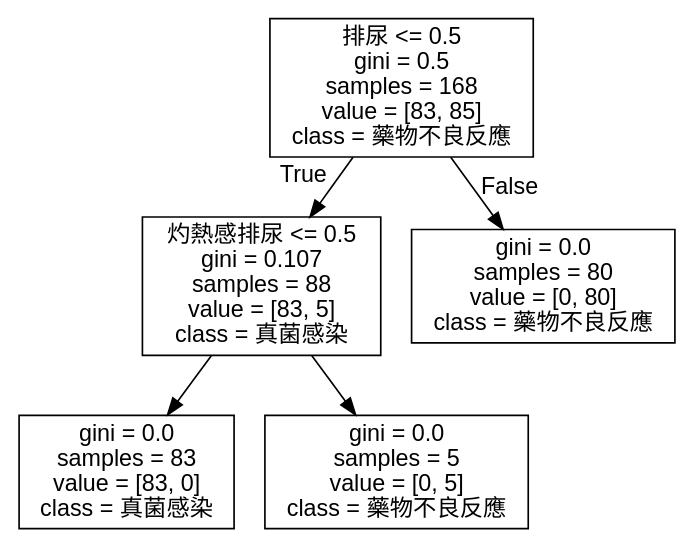
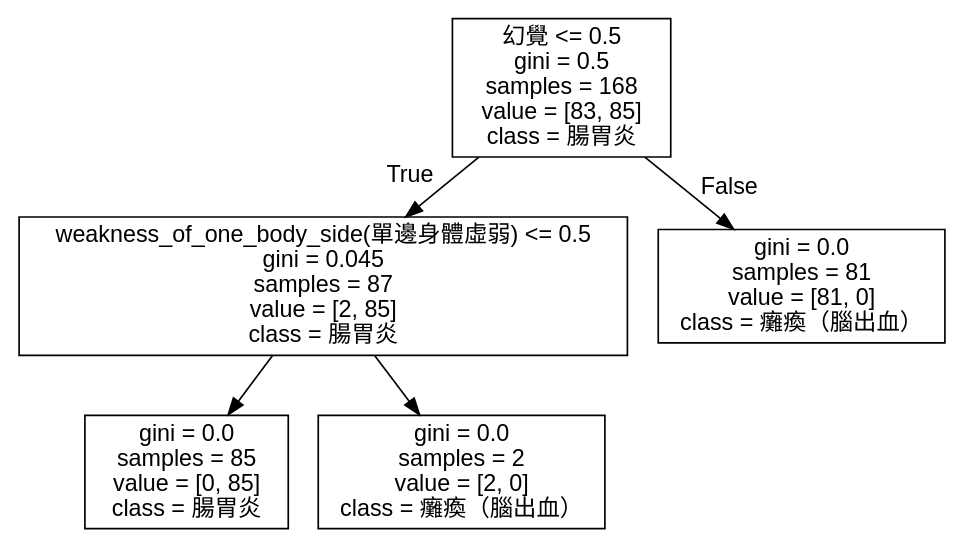
One commit to moonlight025/interrogation changed the diagram in interrogation/disease-tree.dot. Above: the diagram before and after it, drawn with Graphviz. The commit also changed 4 other files, not shown here.

```diff
--- a/interrogation/disease-tree.dot
+++ b/interrogation/disease-tree.dot
@@ -1,13 +1,13 @@
 digraph Tree {
 node [shape=box, fontname="helvetica"] ;
 edge [fontname="helvetica"] ;
-0 [label="排尿 <= 0.5\ngini = 0.5\nsamples = 168\nvalue = [83, 85]\nclass = 藥物不良反應"] ;
-1 [label="灼熱感排尿 <= 0.5\ngini = 0.107\nsamples = 88\nvalue = [83, 5]\nclass = 真菌感染"] ;
+0 [label="幻覺 <= 0.5\ngini = 0.5\nsamples = 168\nvalue = [83, 85]\nclass = 腸胃炎"] ;
+1 [label="weakness_of_one_body_side(單邊身體虛弱) <= 0.5\ngini = 0.045\nsamples = 87\nvalue = [2, 85]\nclass = 腸胃炎"] ;
 0 -> 1 [labeldistance=2.5, labelangle=45, headlabel="True"] ;
-2 [label="gini = 0.0\nsamples = 83\nvalue = [83, 0]\nclass = 真菌感染"] ;
+2 [label="gini = 0.0\nsamples = 85\nvalue = [0, 85]\nclass = 腸胃炎"] ;
 1 -> 2 ;
-3 [label="gini = 0.0\nsamples = 5\nvalue = [0, 5]\nclass = 藥物不良反應"] ;
+3 [label="gini = 0.0\nsamples = 2\nvalue = [2, 0]\nclass = 癱瘓（腦出血）"] ;
 1 -> 3 ;
-4 [label="gini = 0.0\nsamples = 80\nvalue = [0, 80]\nclass = 藥物不良反應"] ;
+4 [label="gini = 0.0\nsamples = 81\nvalue = [81, 0]\nclass = 癱瘓（腦出血）"] ;
 0 -> 4 [labeldistance=2.5, labelangle=-45, headlabel="False"] ;
 }
```
